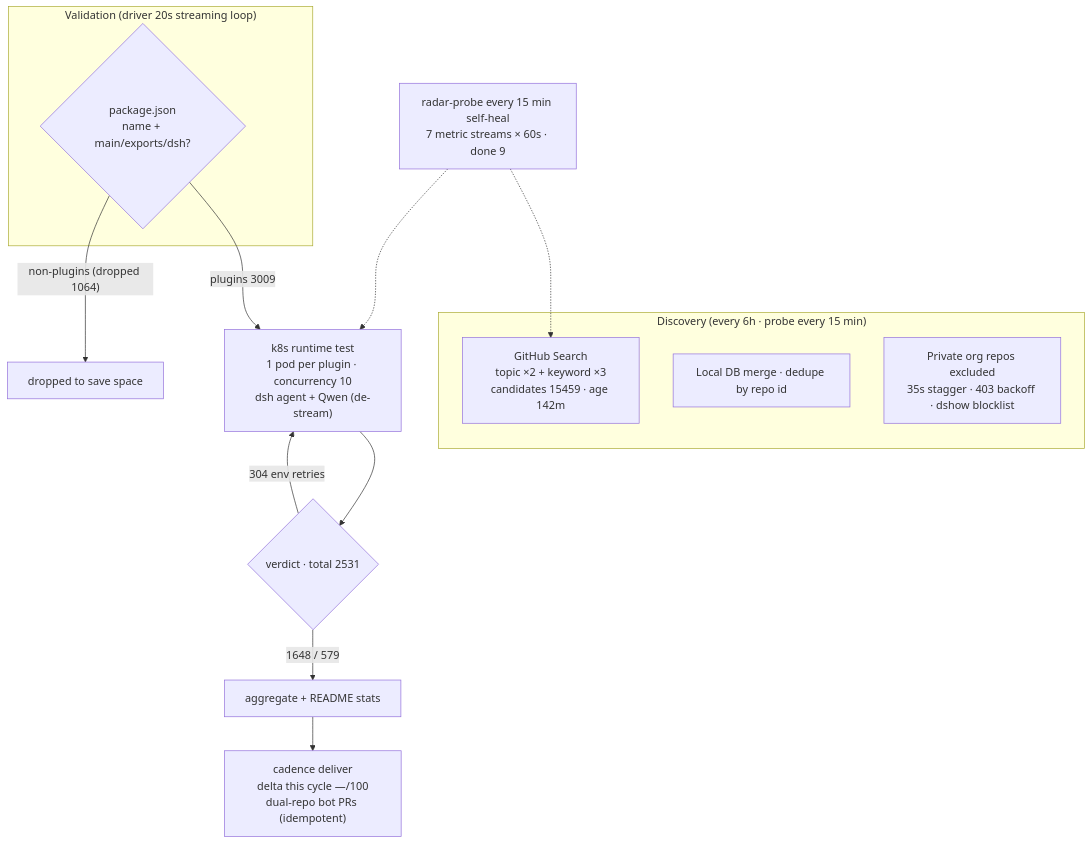
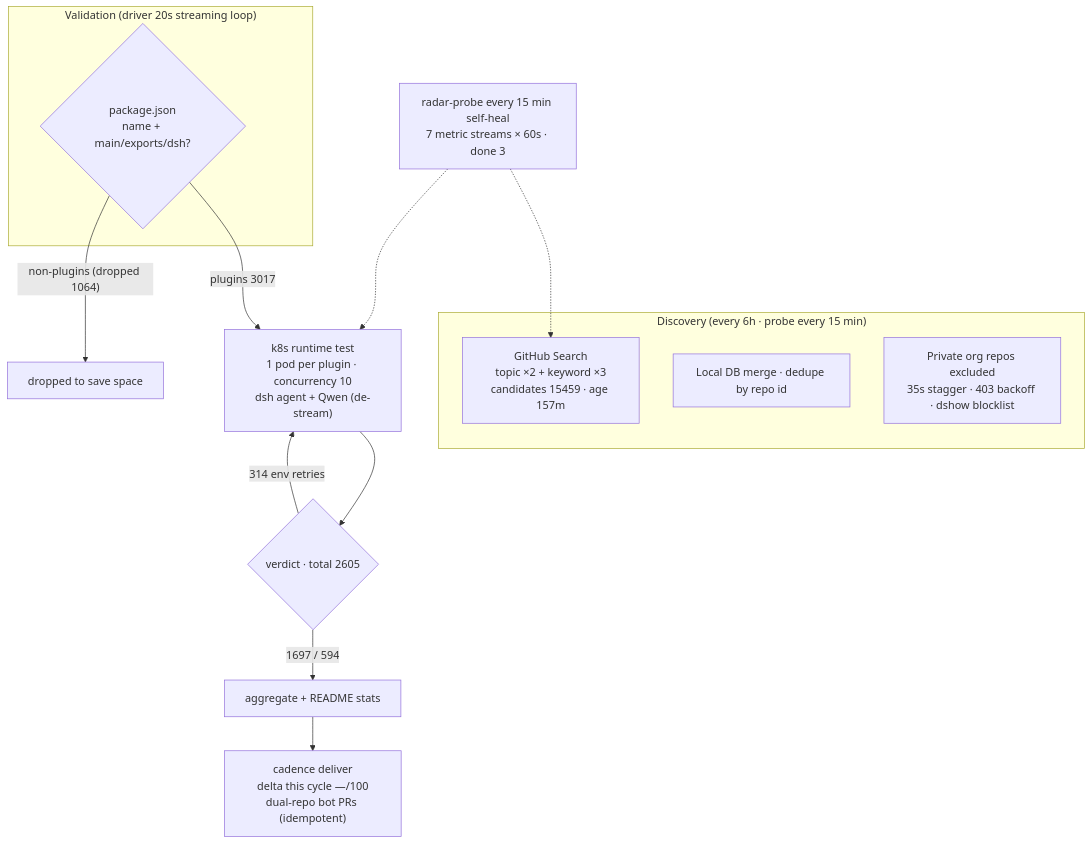
Before and after one commit to AdamPlatin123/awesome-dsh-plugins: the diagram in README.en-US.md, drawn with Mermaid. The commit also changed other lines of this file and 5 other files, not shown here.

````diff
--- a/README.en-US.md
+++ b/README.en-US.md
@@ -30,20 +30,20 @@
 ```mermaid
 flowchart TB
     subgraph Discovery["Discovery (every 6h · probe every 15 min)"]
-        A1["GitHub Search<br/>topic ×2 + keyword ×3<br/>candidates 15459 · age 142m"]
+        A1["GitHub Search<br/>topic ×2 + keyword ×3<br/>candidates 15459 · age 157m"]
         A2["Local DB merge · dedupe by repo id"]
         A3["Private org repos excluded<br/>35s stagger · 403 backoff · dshow blocklist"]
     end
     subgraph Validation["Validation (driver 20s streaming loop)"]
         B1{"package.json<br/>name + main/exports/dsh?"}
     end
-    B1 -->|"plugins 3009"| C1["k8s runtime test<br/>1 pod per plugin · concurrency 10<br/>dsh agent + Qwen (de-stream)"]
+    B1 -->|"plugins 3017"| C1["k8s runtime test<br/>1 pod per plugin · concurrency 10<br/>dsh agent + Qwen (de-stream)"]
     B1 -->|"non-plugins (dropped 1064)"| B3["dropped to save space"]
-    C1 --> D1{"verdict · total 2531"}
-    D1 -->|"1648 / 579"| E1["aggregate + README stats"]
-    D1 -->|"304 env retries"| C1
+    C1 --> D1{"verdict · total 2605"}
+    D1 -->|"1697 / 594"| E1["aggregate + README stats"]
+    D1 -->|"314 env retries"| C1
     E1 --> E2["cadence deliver<br/>delta this cycle —/100<br/>dual-repo bot PRs (idempotent)"]
-    M["radar-probe every 15 min self-heal<br/>7 metric streams × 60s · done 9"]
+    M["radar-probe every 15 min self-heal<br/>7 metric streams × 60s · done 3"]
     M -.-> A1
     M -.-> C1
 ```
````
